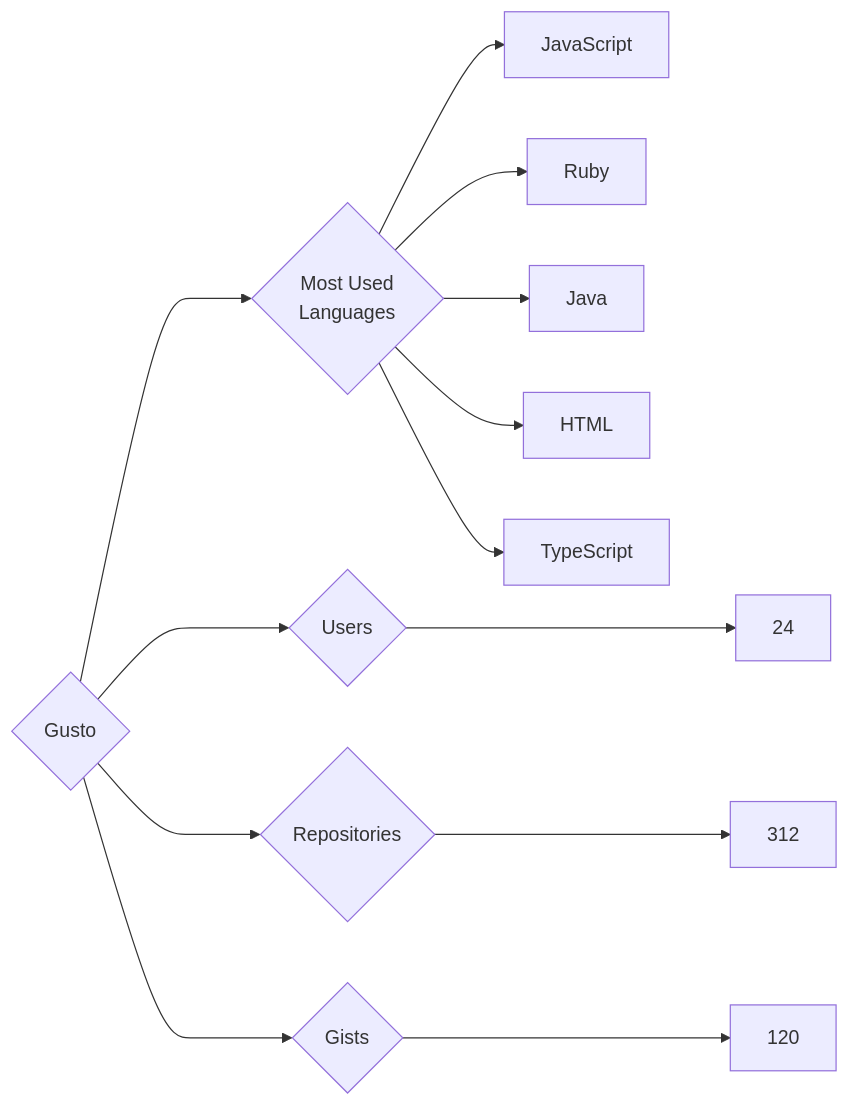
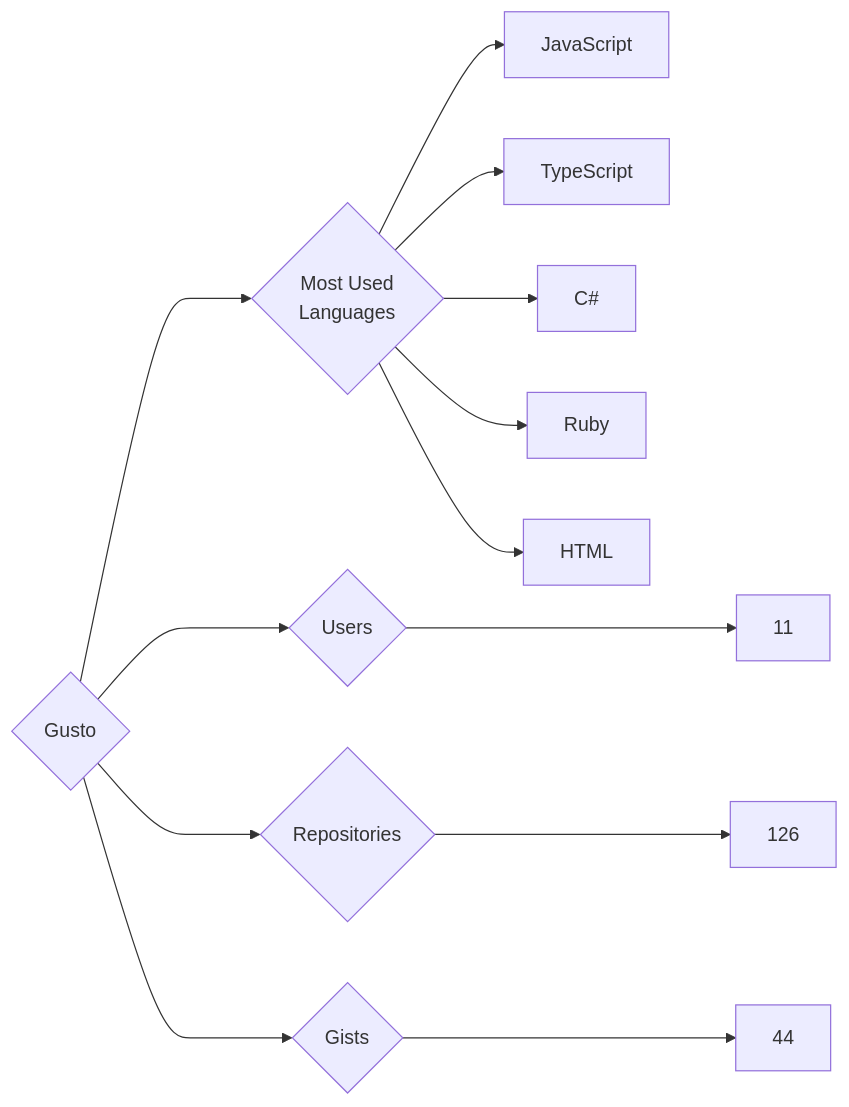
One commit to trickest/insiders changed the diagram in targets/Gusto/README.md. Above: the diagram before and after it, drawn with Mermaid. The commit also changed 927 other files, not shown here.

````diff
--- a/targets/Gusto/README.md
+++ b/targets/Gusto/README.md
@@ -3,13 +3,13 @@
 ```mermaid
 graph LR
 COMPANY_NAME{Gusto}
-COMPANY_NAME ---> U{Users} ---> UN[24]
-COMPANY_NAME ---> R{Repositories} ---> RN[312]
-COMPANY_NAME ---> G{Gists} ---> GN[120]
+COMPANY_NAME ---> U{Users} ---> UN[11]
+COMPANY_NAME ---> R{Repositories} ---> RN[126]
+COMPANY_NAME ---> G{Gists} ---> GN[44]
 COMPANY_NAME ---> ML{Most Used<br>Languages}
 ML --> JavaScript[JavaScript]
+ML --> TypeScript[TypeScript]
+ML --> C#[C#]
 ML --> Ruby[Ruby]
-ML --> Java[Java]
 ML --> HTML[HTML]
-ML --> TypeScript[TypeScript]
 ```
````
